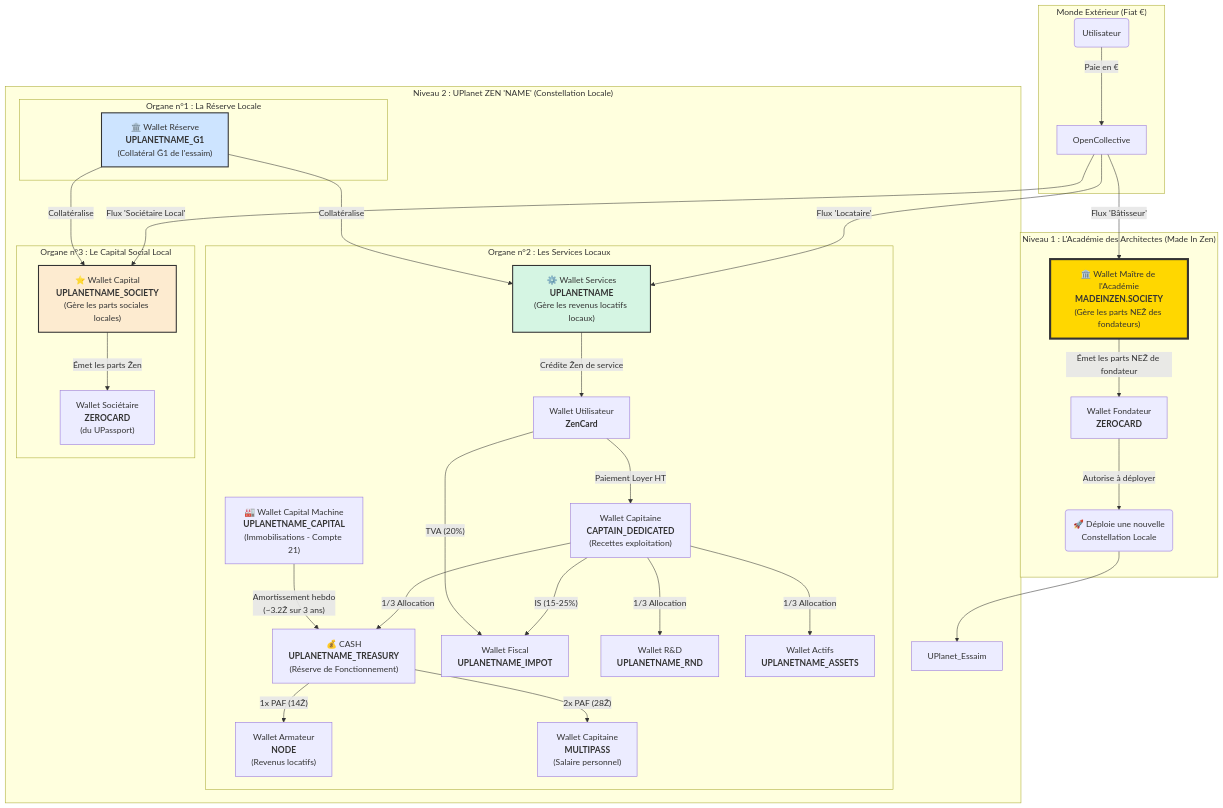
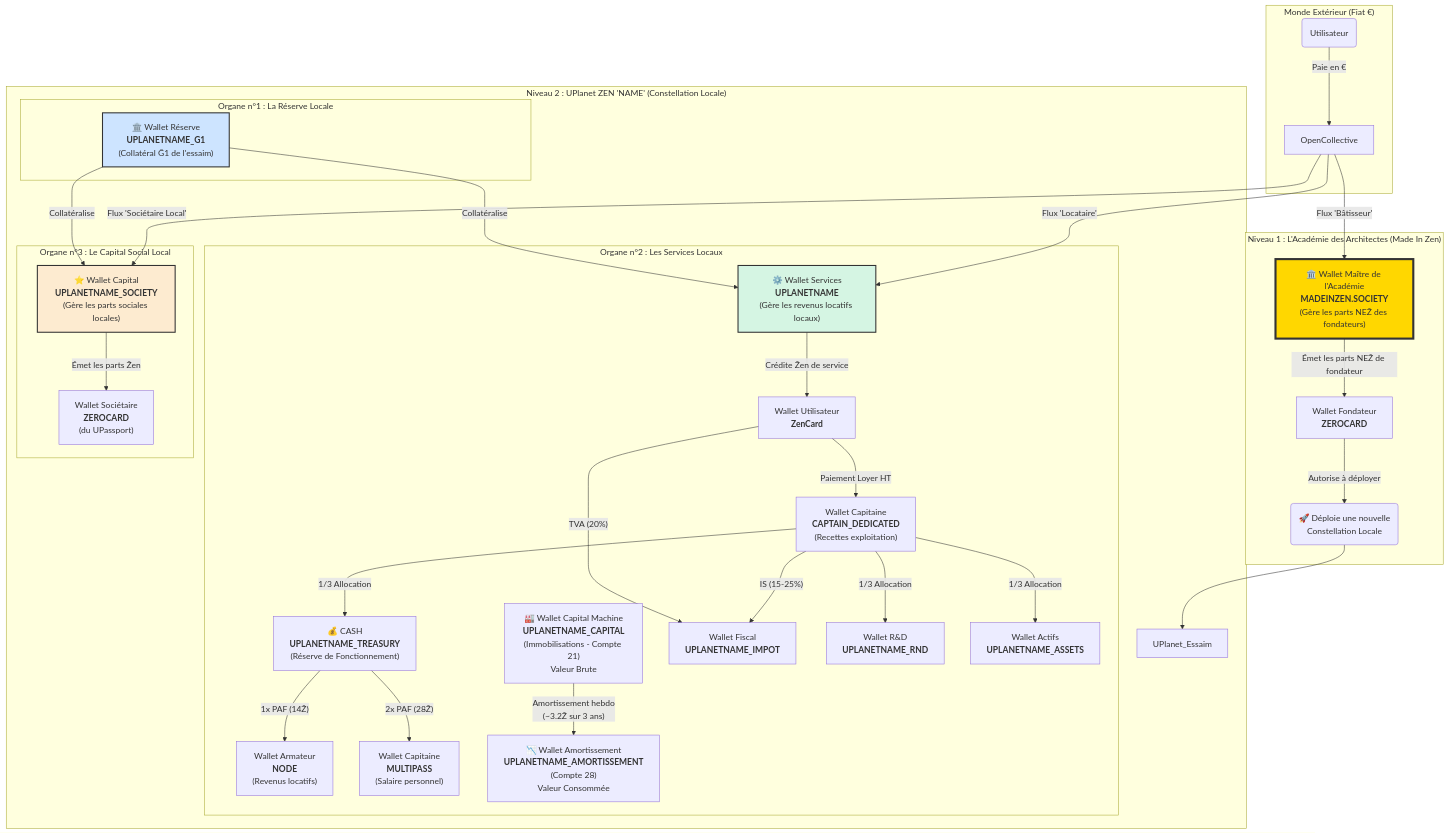
Before and after one commit to papiche/Astroport.ONE: the diagram in templates/mermaid_ZEN_Economy_tree_Mermaid.mmd, drawn with Mermaid. The commit also changed 8 other files, not shown here.

First line of the commit message:
Introduce UPLANETNAME_AMORTISSEMENT wallet for cumulative depreciation management

```diff
--- a/templates/mermaid_ZEN_Economy_tree_Mermaid.mmd
+++ b/templates/mermaid_ZEN_Economy_tree_Mermaid.mmd
@@ -1,57 +1,59 @@
 graph TD;
 
     subgraph "Monde Extérieur (Fiat €)";
         User(Utilisateur) -- "Paie en €" --> OC[OpenCollective];
     end
 
     subgraph "Niveau 1 : L'Académie des Architectes (Made In Zen)";
         style MIZ_SW fill:#ffd700,stroke:#333,stroke-width:4px
         OC -- "Flux 'Bâtisseur'" --> MIZ_SW["🏛️ Wallet Maître de l'Académie<br/><b>MADEINZEN.SOCIETY</b><br/>(Gère les parts NEẐ des fondateurs)"];
         MIZ_SW -- "Émet les parts NEẐ de fondateur" --> Founder_ZC["Wallet Fondateur<br/><b>ZEROCARD</b>"];
         Founder_ZC -- "Autorise à déployer" --> Deploiement("🚀 Déploie une nouvelle<br/>Constellation Locale");
     end
 
     Deploiement --> UPlanet_Essaim;
 
     subgraph "Niveau 2 : UPlanet ZEN 'NAME' (Constellation Locale)";
       UPlanet_Essaim
       subgraph "Organe n°1 : La Réserve Locale";
           style G1W fill:#cde4ff,stroke:#333,stroke-width:2px
           G1W["🏛️ Wallet Réserve<br/><b>UPLANETNAME_G1</b><br/>(Collatéral Ğ1 de l'essaim)"];
       end
 
       subgraph "Organe n°2 : Les Services Locaux";
           style UW fill:#d5f5e3,stroke:#333,stroke-width:2px
           UW["⚙️ Wallet Services<br/><b>UPLANETNAME</b><br/>(Gère les revenus locatifs locaux)"];
           G1W -- "Collatéralise" --> UW;
           OC -- "Flux 'Locataire'" --> UW;
           UW -- "Crédite Ẑen de service" --> ZenCard["Wallet Utilisateur<br/><b>ZenCard</b>"];
           
           %% CASH paie les coûts opérationnels
           CASH["💰 CASH<br/><b>UPLANETNAME_TREASURY</b><br/>(Réserve de Fonctionnement)"];
           CASH -- "1x PAF (14Ẑ)" --> NODE["Wallet Armateur<br/><b>NODE</b><br/>(Revenus locatifs)"];
           CASH -- "2x PAF (28Ẑ)" --> Captain_MP["Wallet Capitaine<br/><b>MULTIPASS</b><br/>(Salaire personnel)"];
           
           %% Capital Machine (Immobilisations - Compte 21)
-          CAPITAL["🏭 Wallet Capital Machine<br/><b>UPLANETNAME_CAPITAL</b><br/>(Immobilisations - Compte 21)"];
-          CAPITAL -- "Amortissement hebdo<br/>(~3.2Ẑ sur 3 ans)" --> CASH;
+          CAPITAL["🏭 Wallet Capital Machine<br/><b>UPLANETNAME_CAPITAL</b><br/>(Immobilisations - Compte 21)<br/>Valeur Brute"];
+          AMORT["📉 Wallet Amortissement<br/><b>UPLANETNAME_AMORTISSEMENT</b><br/>(Compte 28)<br/>Valeur Consommée"];
+          CAPITAL -- "Amortissement hebdo<br/>(~3.2Ẑ sur 3 ans)" --> AMORT;
+          %% Valeur Nette Comptable = CAPITAL - AMORT (pas de flux vers CASH)
           
           %% Collecte des loyers vers CAPTAIN_DEDICATED
           ZenCard -- "Paiement Loyer HT" --> Captain_DED["Wallet Capitaine<br/><b>CAPTAIN_DEDICATED</b><br/>(Recettes exploitation)"];
           ZenCard -- "TVA (20%)" --> IMPOT["Wallet Fiscal<br/><b>UPLANETNAME_IMPOT</b>"];
           
           %% Allocation coopérative depuis CAPTAIN_DEDICATED
           Captain_DED -- "IS (15-25%)" --> IMPOT;
           Captain_DED -- "1/3 Allocation" --> CASH;
           Captain_DED -- "1/3 Allocation" --> RND["Wallet R&D<br/><b>UPLANETNAME_RND</b>"];
           Captain_DED -- "1/3 Allocation" --> ASSETS["Wallet Actifs<br/><b>UPLANETNAME_ASSETS</b>"];
       end
       
       subgraph "Organe n°3 : Le Capital Social Local";
           style SW fill:#fdebd0,stroke:#333,stroke-width:2px
           SW["⭐ Wallet Capital<br/><b>UPLANETNAME_SOCIETY</b><br/>(Gère les parts sociales locales)"];
           G1W -- "Collatéralise" --> SW;
           OC -- "Flux 'Sociétaire Local'" --> SW;
           SW -- "Émet les parts Ẑen" --> ZeroCard["Wallet Sociétaire<br/><b>ZEROCARD</b><br/>(du UPassport)"];
       end
     end
```
